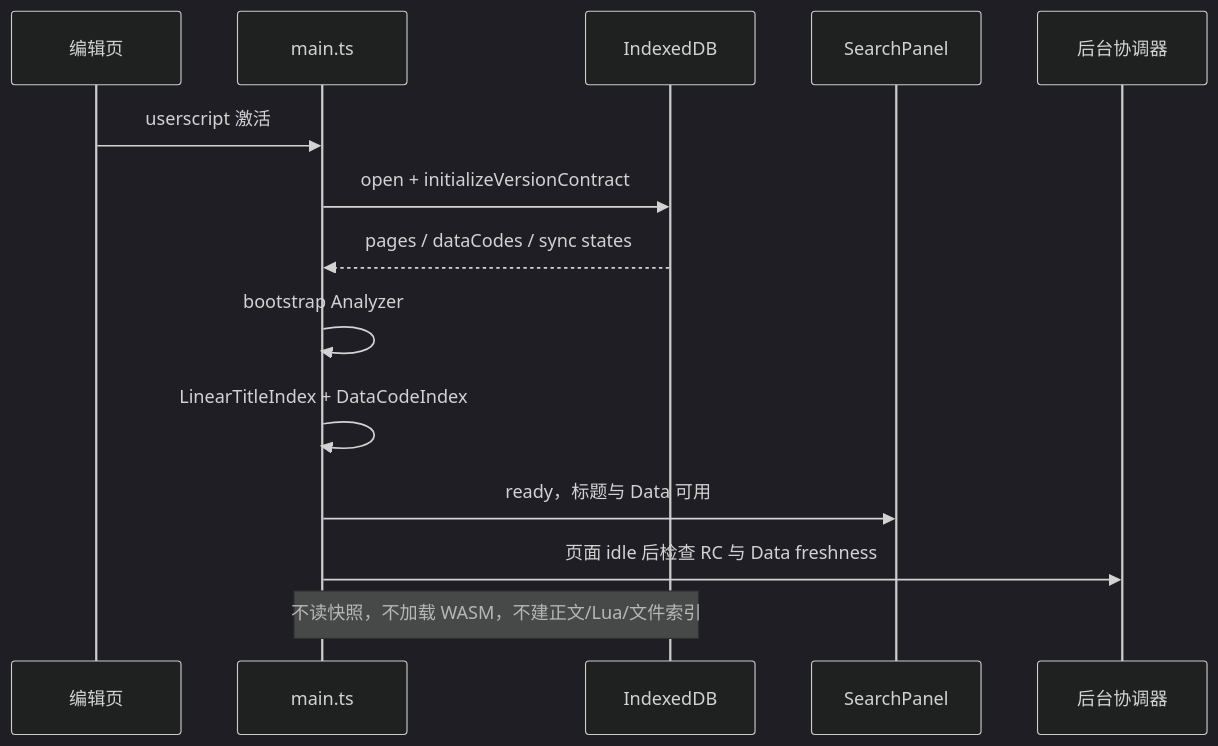
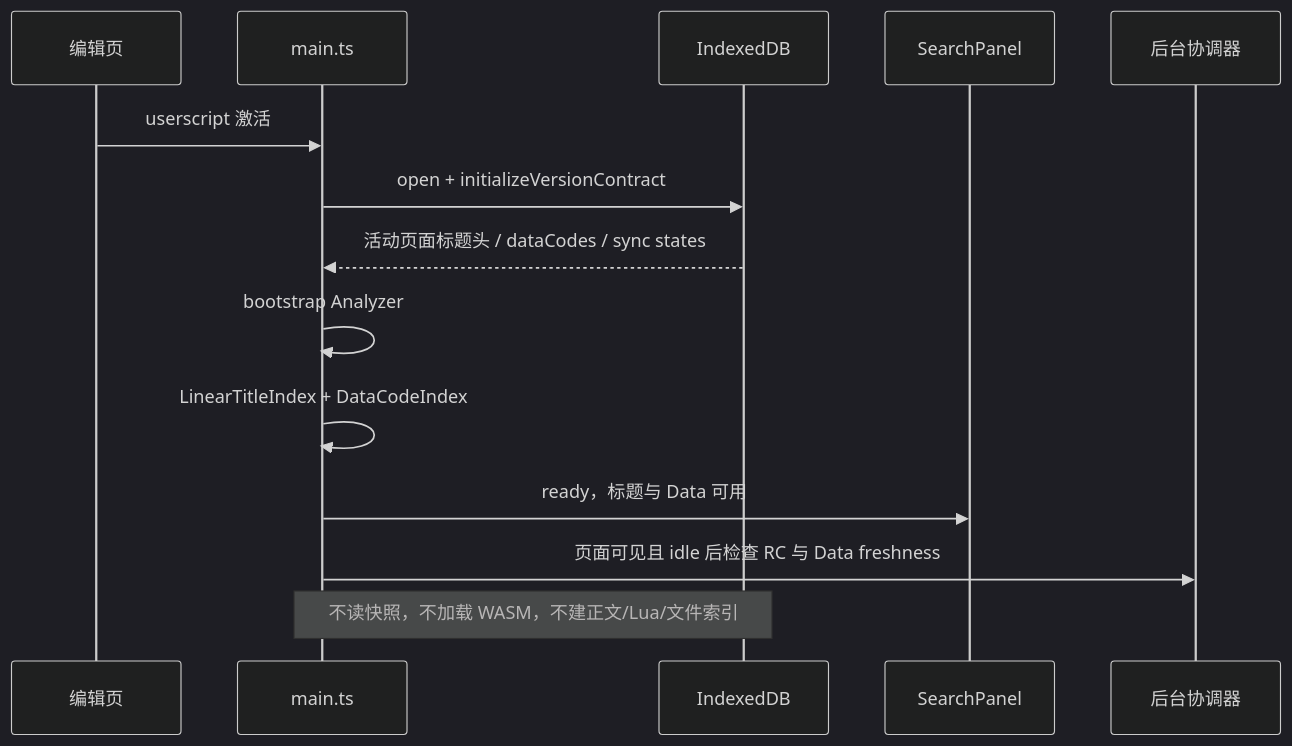
The second of 2 diagrams in ARCHITECTURE.md (Werewolf-Wu/cu-wiki-search-companion), drawn with Mermaid (dark theme) before and after one commit. The commit also changed other lines of this file and 27 other files, not shown here.

```diff
--- a/ARCHITECTURE.md
+++ b/ARCHITECTURE.md
@@ -77,17 +77,17 @@
 ~~~mermaid
 sequenceDiagram
   participant Page as 编辑页
   participant Main as main.ts
   participant DB as IndexedDB
   participant UI as SearchPanel
   participant BG as 后台协调器
 
   Page->>Main: userscript 激活
   Main->>DB: open + initializeVersionContract
-  DB-->>Main: pages / dataCodes / sync states
+  DB-->>Main: 活动页面标题头 / dataCodes / sync states
   Main->>Main: bootstrap Analyzer
   Main->>Main: LinearTitleIndex + DataCodeIndex
   Main->>UI: ready，标题与 Data 可用
-  Main->>BG: 页面 idle 后检查 RC 与 Data freshness
+  Main->>BG: 页面可见且 idle 后检查 RC 与 Data freshness
   Note over Main,DB: 不读快照，不加载 WASM，不建正文/Lua/文件索引
 ~~~
```
